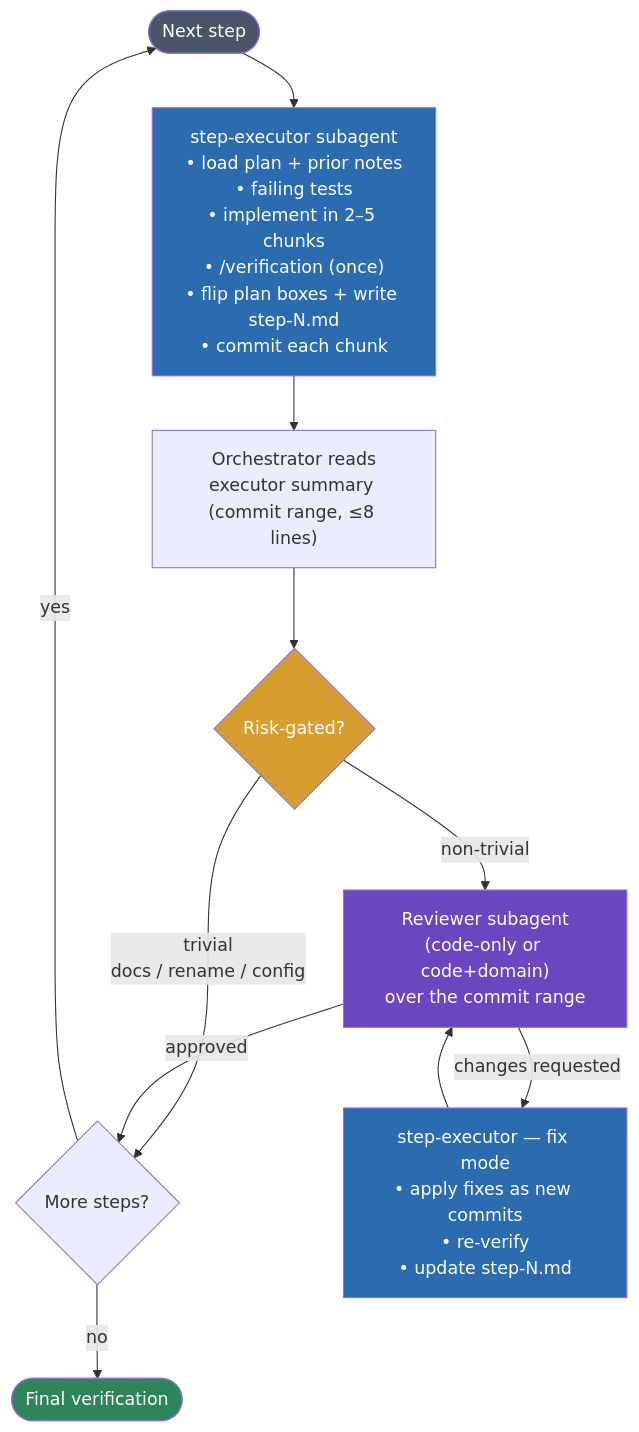
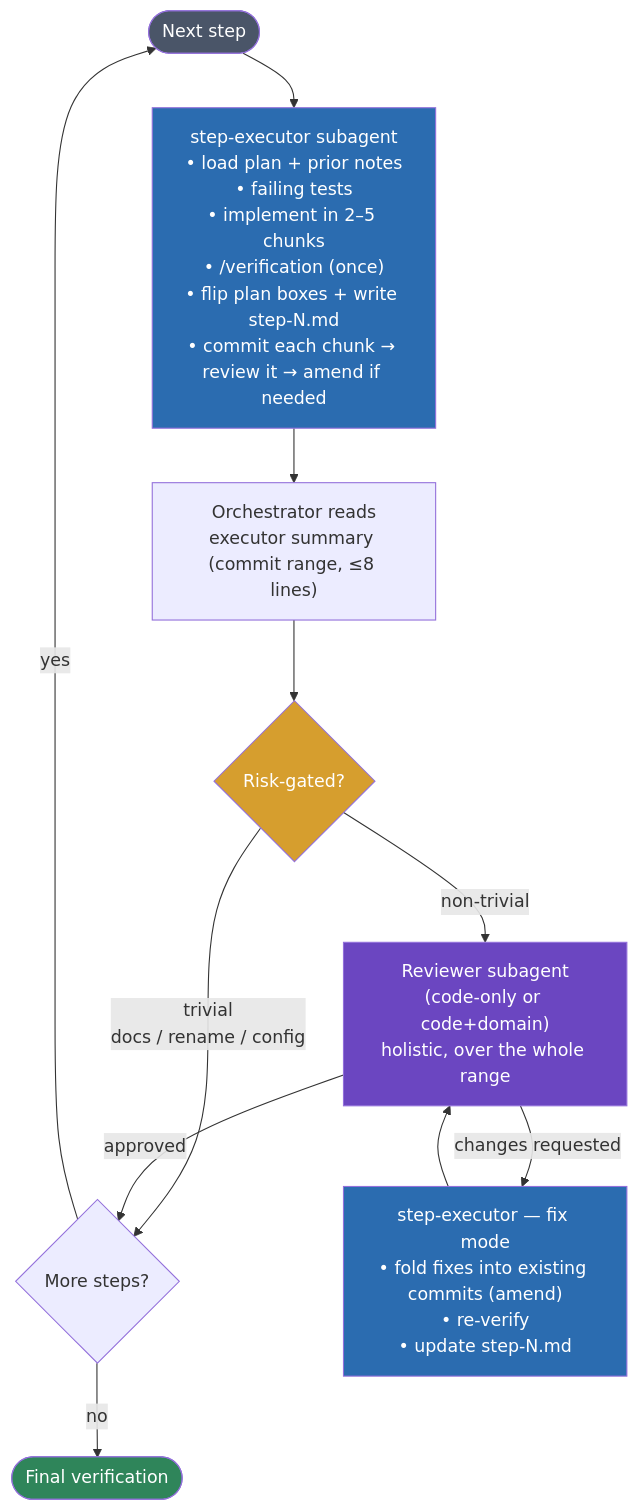
Before and after one commit to POPFD/claude-sweatshop: the second of 2 diagrams in README.md, drawn with Mermaid. The commit also changed other lines of this file and 4 other files, not shown here.

First line of the commit message:
skills: Review each commit and amend instead of stacking fix commits

````diff
--- a/README.md
+++ b/README.md
@@ -106,20 +106,20 @@
 ```mermaid
 flowchart TD
-    Start(["Next step"]) --> Impl["step-executor subagent<br/>• load plan + prior notes<br/>• failing tests<br/>• implement in 2–5 chunks<br/>• /verification (once)<br/>• flip plan boxes + write step-N.md<br/>• commit each chunk"]
+    Start(["Next step"]) --> Impl["step-executor subagent<br/>• load plan + prior notes<br/>• failing tests<br/>• implement in 2–5 chunks<br/>• /verification (once)<br/>• flip plan boxes + write step-N.md<br/>• commit each chunk → review it → amend if needed"]
     Impl --> Sum["Orchestrator reads<br/>executor summary (commit range, ≤8 lines)"]
     Sum --> Risk{"Risk-gated?"}
     Risk -->|trivial<br/>docs / rename / config| Next
-    Risk -->|non-trivial| Review["Reviewer subagent<br/>(code-only or code+domain)<br/>over the commit range"]
+    Risk -->|non-trivial| Review["Reviewer subagent<br/>(code-only or code+domain)<br/>holistic, over the whole range"]
     Review -->|approved| Next{"More steps?"}
-    Review -->|changes requested| Fix["step-executor — fix mode<br/>• apply fixes as new commits<br/>• re-verify<br/>• update step-N.md"]
+    Review -->|changes requested| Fix["step-executor — fix mode<br/>• fold fixes into existing commits (amend)<br/>• re-verify<br/>• update step-N.md"]
     Fix --> Review
     Next -->|yes| Start
     Next -->|no| Done(["Final verification"])
 
     style Start fill:#4a5568,color:#fff
     style Impl fill:#2b6cb0,color:#fff
     style Review fill:#6b46c1,color:#fff
     style Fix fill:#2b6cb0,color:#fff
     style Risk fill:#d69e2e,color:#fff
     style Done fill:#2f855a,color:#fff
 ```
````
